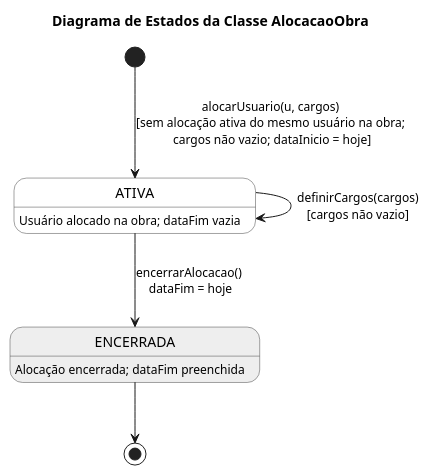
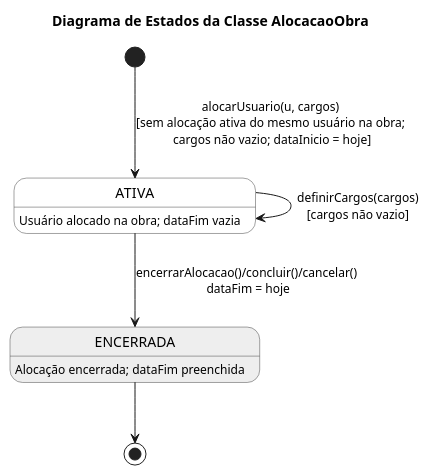
Before and after one commit to bernardoanobrega/oBRAS: the diagram in detalhe-de-obra/alocacao-states.puml, drawn with PlantUML. The commit also changed 2 other files, not shown here.

Commit message:
docs: change class diagram, add activity diagram of registrodiario

```diff
--- a/detalhe-de-obra/alocacao-states.puml
+++ b/detalhe-de-obra/alocacao-states.puml
@@ -1,23 +1,23 @@
 @startuml alocacao-states
 title Diagrama de Estados da Classe AlocacaoObra
 
 skinparam state {
 BackgroundColor #FFFFFF
 BorderColor #444444
 BackgroundColor<<final>> #EEEEEE
 }
 skinparam ArrowFontSize 12
 skinparam NoteBackgroundColor #FFFBE6
 hide empty description
 
 ' ===== ESTADOS =====
 state ATIVA : Usuário alocado na obra; dataFim vazia
 state ENCERRADA <<final>> : Alocação encerrada; dataFim preenchida
 
 ' ===== TRANSIÇÕES =====
 [*] --> ATIVA : alocarUsuario(u, cargos)\n[sem alocação ativa do mesmo usuário na obra;\n cargos não vazio; dataInicio = hoje]
 ATIVA --> ATIVA : definirCargos(cargos)\n[cargos não vazio]
-ATIVA --> ENCERRADA : encerrarAlocacao()\n dataFim = hoje
+ATIVA --> ENCERRADA : encerrarAlocacao()/concluir()/cancelar()\n dataFim = hoje
 ENCERRADA --> [*]
 
 @enduml
```
